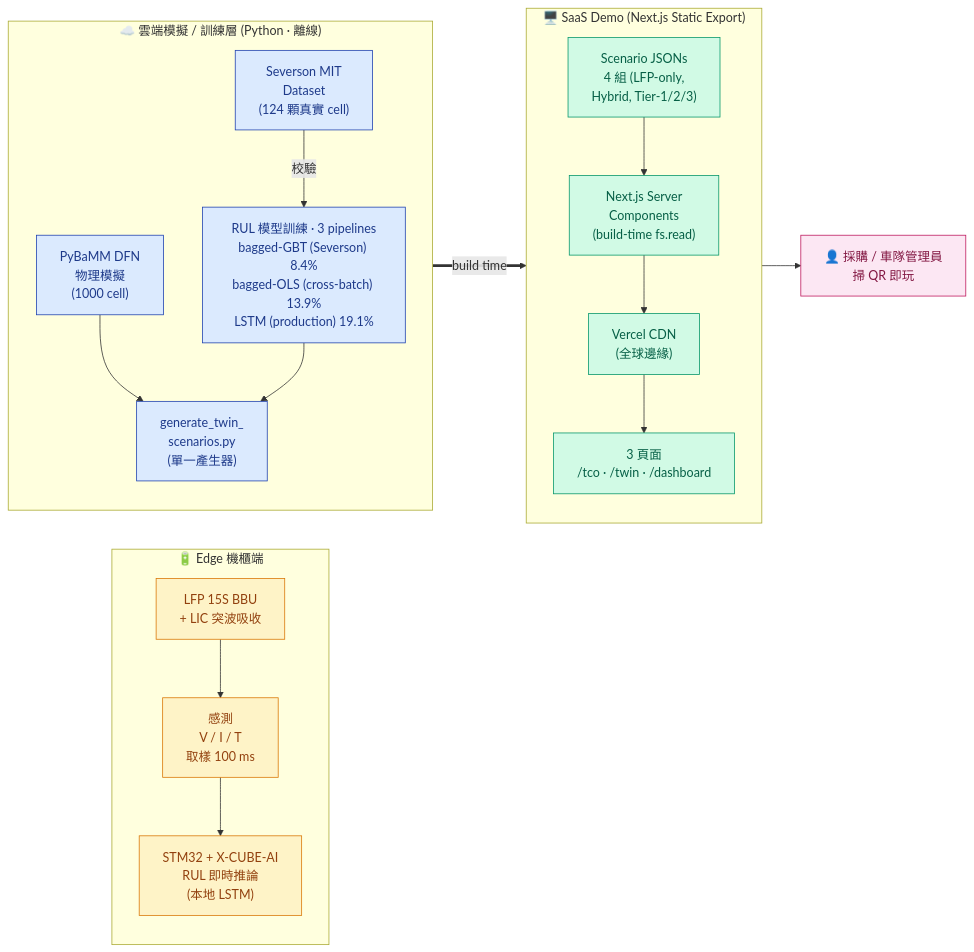
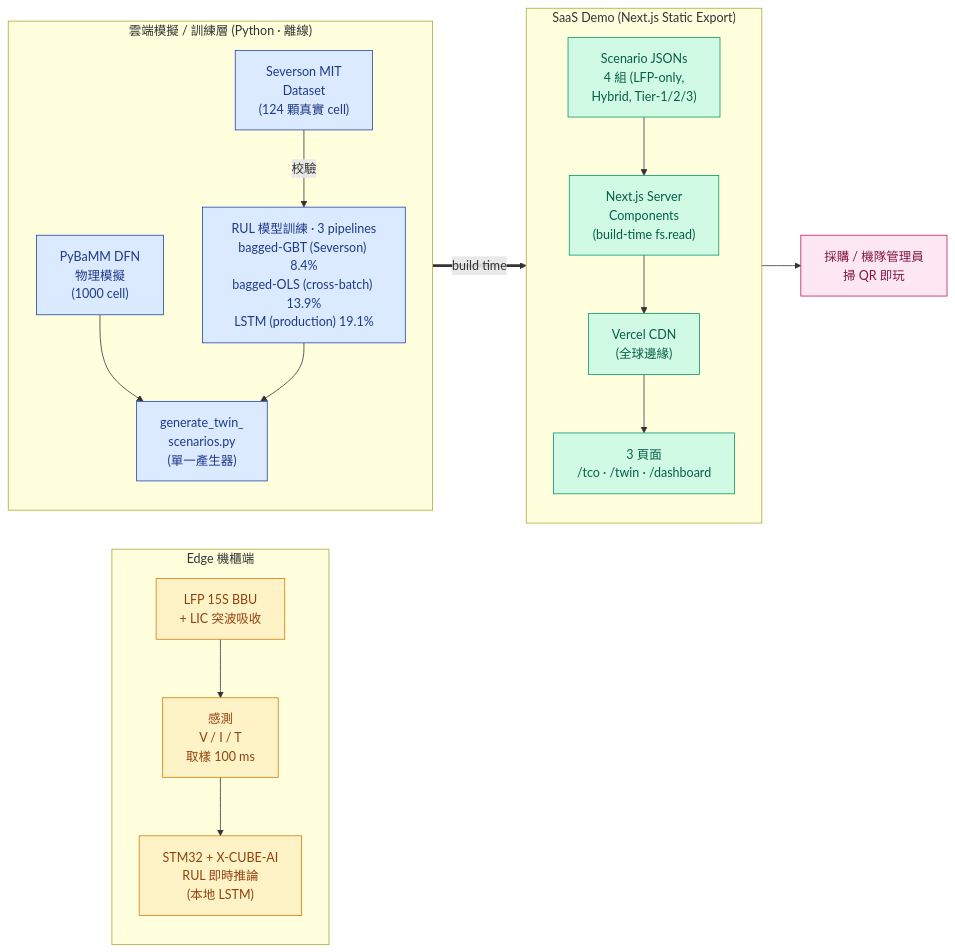
Before and after one commit to aericheng/atcc-sysblade: the diagram in docs/figures/architecture.mmd, drawn with Mermaid. The commit also changed 12 other files, not shown here.

```diff
--- a/docs/figures/architecture.mmd
+++ b/docs/figures/architecture.mmd
@@ -1,51 +1,51 @@
 %%{init: {'theme':'base','themeVariables':{'primaryColor':'#EFF6FF','primaryTextColor':'#0F172A','primaryBorderColor':'#1E40AF','lineColor':'#475569','fontFamily':"'Helvetica Neue', 'PingFang TC', 'Microsoft JhengHei', sans-serif"}}}%%
 flowchart LR
 
   %% ============ EDGE LAYER ============
-  subgraph EDGE["🔋 Edge 機櫃端"]
+  subgraph EDGE["Edge 機櫃端"]
     direction TB
     BAT["LFP 15S BBU<br/>+ LIC 突波吸收"]
     SENSOR["感測<br/>V / I / T<br/>取樣 100 ms"]
     MCU["STM32 + X-CUBE-AI<br/>RUL 即時推論<br/>(本地 LSTM)"]
     BAT --> SENSOR --> MCU
   end
 
   %% ============ CLOUD / SIMULATION LAYER ============
-  subgraph CLOUD["☁️ 雲端模擬 / 訓練層 (Python · 離線)"]
+  subgraph CLOUD["雲端模擬 / 訓練層 (Python · 離線)"]
     direction TB
     SEV["Severson MIT<br/>Dataset<br/>(124 顆真實 cell)"]
     PYBAMM["PyBaMM DFN<br/>物理模擬<br/>(1000 cell)"]
     LSTM["RUL 模型訓練 · 3 pipelines<br/>bagged-GBT (Severson) 8.4%<br/>bagged-OLS (cross-batch) 13.9%<br/>LSTM (production) 19.1%"]
     GEN["generate_twin_<br/>scenarios.py<br/>(單一產生器)"]
     SEV -->|校驗| LSTM
     PYBAMM --> GEN
     LSTM --> GEN
   end
 
   %% ============ FRONTEND / SAAS LAYER ============
-  subgraph FRONT["🖥️ SaaS Demo (Next.js Static Export)"]
+  subgraph FRONT["SaaS Demo (Next.js Static Export)"]
     direction TB
     JSON["Scenario JSONs<br/>4 組 (LFP-only,<br/>Hybrid, Tier-1/2/3)"]
     NEXT["Next.js Server<br/>Components<br/>(build-time fs.read)"]
     CDN["Vercel CDN<br/>(全球邊緣)"]
     PAGES["3 頁面<br/>/tco · /twin · /dashboard"]
     JSON --> NEXT --> CDN --> PAGES
   end
 
   %% ============ USER ============
-  USER["👤 採購 / 車隊管理員<br/>掃 QR 即玩"]
+  USER["採購 / 機隊管理員<br/>掃 QR 即玩"]
 
   %% ============ DATA FLOW ============
   GEN ==>|build time| JSON
   PAGES --> USER
 
   %% ============ STYLING ============
   classDef edgeStyle fill:#FEF3C7,stroke:#D97706,color:#92400E
   classDef cloudStyle fill:#DBEAFE,stroke:#1E40AF,color:#1E3A8A
   classDef frontStyle fill:#D1FAE5,stroke:#059669,color:#065F46
   classDef userStyle fill:#FCE7F3,stroke:#BE185D,color:#831843
 
   class BAT,SENSOR,MCU edgeStyle
   class SEV,PYBAMM,LSTM,GEN cloudStyle
   class JSON,NEXT,CDN,PAGES frontStyle
   class USER userStyle
```
